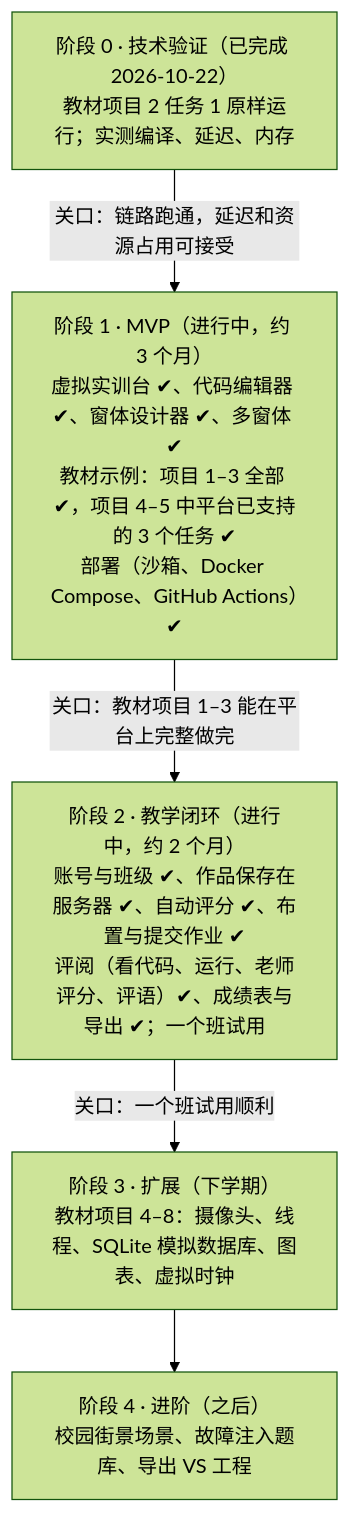
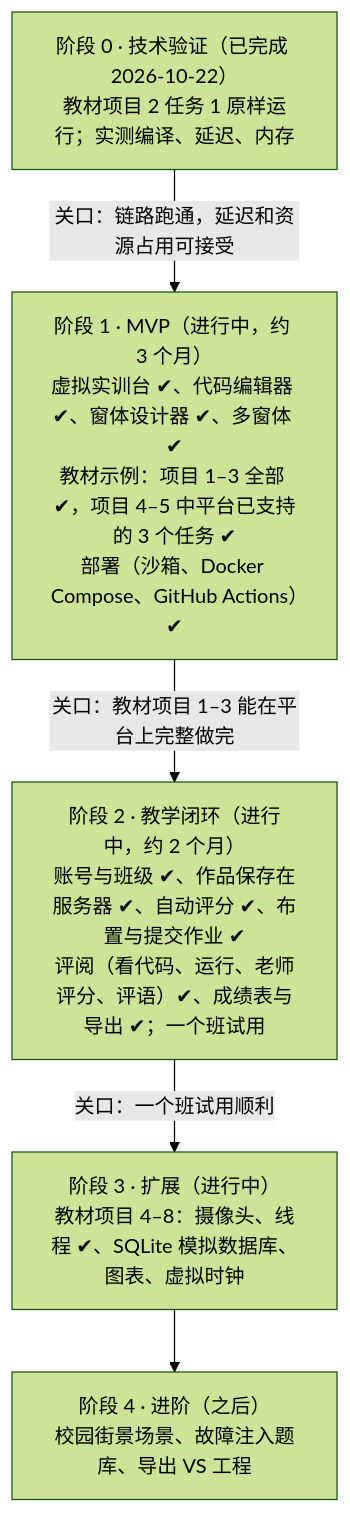
Before and after one commit to yuetsh/IOT_SIM: the second of 2 diagrams in docs/设计方案.md, drawn with Mermaid (forest theme). The commit also changed other lines of this file and 35 other files, not shown here.

````diff
--- a/docs/设计方案.md
+++ b/docs/设计方案.md
@@ -234,12 +234,12 @@
 ```mermaid
 flowchart TB
   P0["阶段 0 · 技术验证（已完成 2026-10-22）<br/>教材项目 2 任务 1 原样运行；实测编译、延迟、内存"]
   P1["阶段 1 · MVP（进行中，约 3 个月）<br/>虚拟实训台 ✔、代码编辑器 ✔、窗体设计器 ✔、多窗体 ✔<br/>教材示例：项目 1–3 全部 ✔，项目 4–5 中平台已支持的 3 个任务 ✔<br/>部署（沙箱、Docker Compose、GitHub Actions）✔"]
   P2["阶段 2 · 教学闭环（进行中，约 2 个月）<br/>账号与班级 ✔、作品保存在服务器 ✔、自动评分 ✔、布置与提交作业 ✔<br/>评阅（看代码、运行、老师评分、评语）✔、成绩表与导出 ✔；一个班试用"]
-  P3["阶段 3 · 扩展（下学期）<br/>教材项目 4–8：摄像头、线程、SQLite 模拟数据库、图表、虚拟时钟"]
+  P3["阶段 3 · 扩展（进行中）<br/>教材项目 4–8：摄像头、线程 ✔、SQLite 模拟数据库、图表、虚拟时钟"]
   P4["阶段 4 · 进阶（之后）<br/>校园街景场景、故障注入题库、导出 VS 工程"]
   P0 -->|"关口：链路跑通，延迟和资源占用可接受"| P1
   P1 -->|"关口：教材项目 1–3 能在平台上完整做完"| P2
   P2 -->|"关口：一个班试用顺利"| P3
   P3 --> P4
 ```
````
